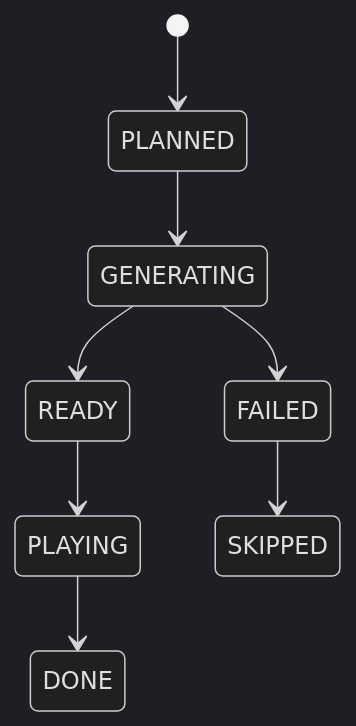
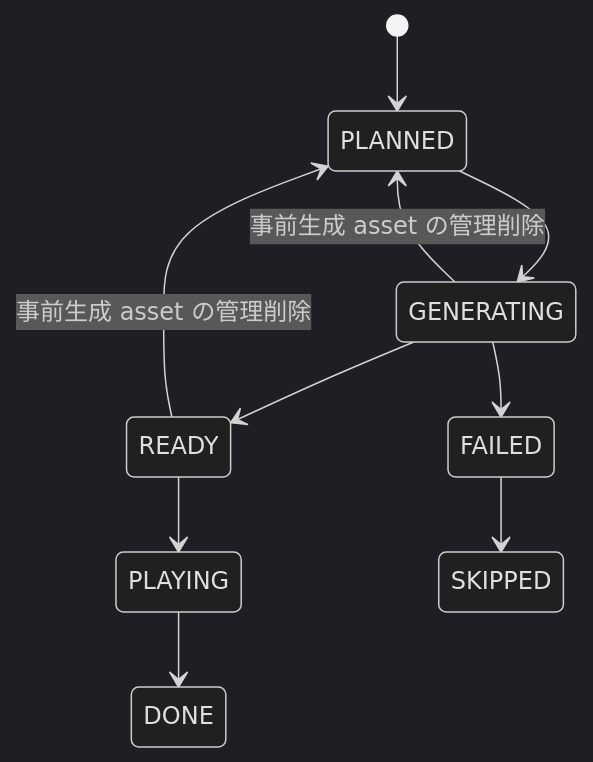
The diagram in docs/05_プレイアウト・キュー制御設計書.md (iwaken0928/SeedShiftRadio), drawn with Mermaid (dark theme) before and after one commit. The commit also changed other lines of this file and 47 other files, not shown here.

````diff
--- a/docs/05_プレイアウト・キュー制御設計書.md
+++ b/docs/05_プレイアウト・キュー制御設計書.md
@@ -31,10 +31,12 @@
 ```mermaid
 stateDiagram-v2
     [*] --> PLANNED
     PLANNED --> GENERATING
     GENERATING --> READY
     GENERATING --> FAILED
+    GENERATING --> PLANNED: 事前生成 asset の管理削除
+    READY --> PLANNED: 事前生成 asset の管理削除
     READY --> PLAYING
     PLAYING --> DONE
     FAILED --> SKIPPED
 ```
````
